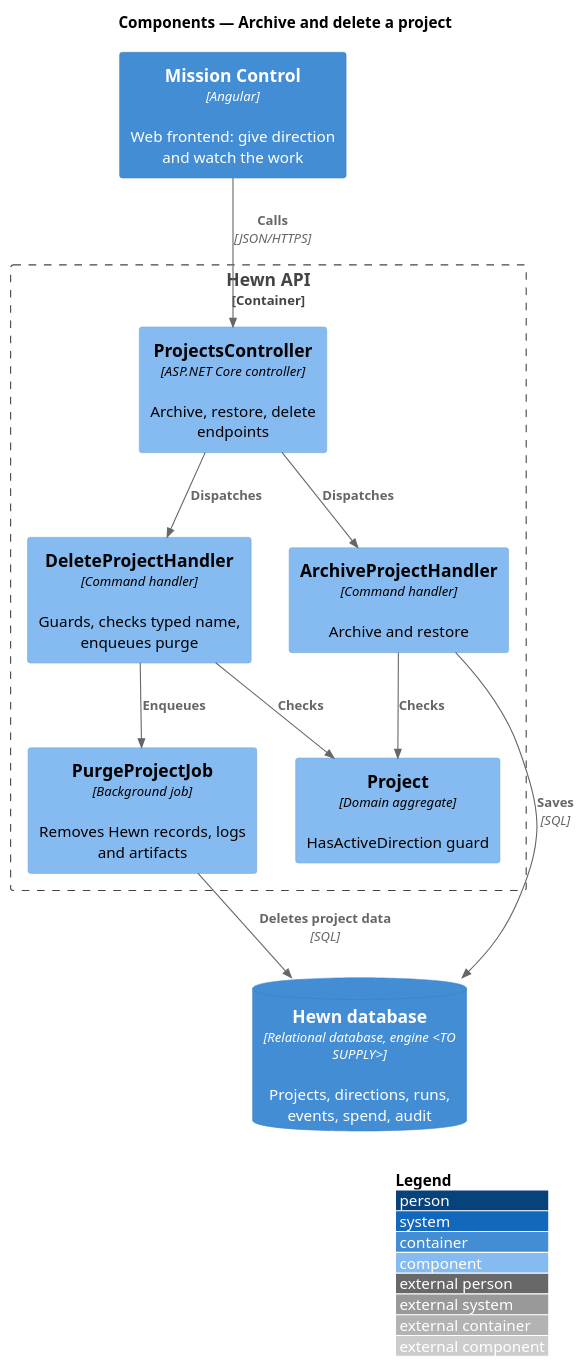
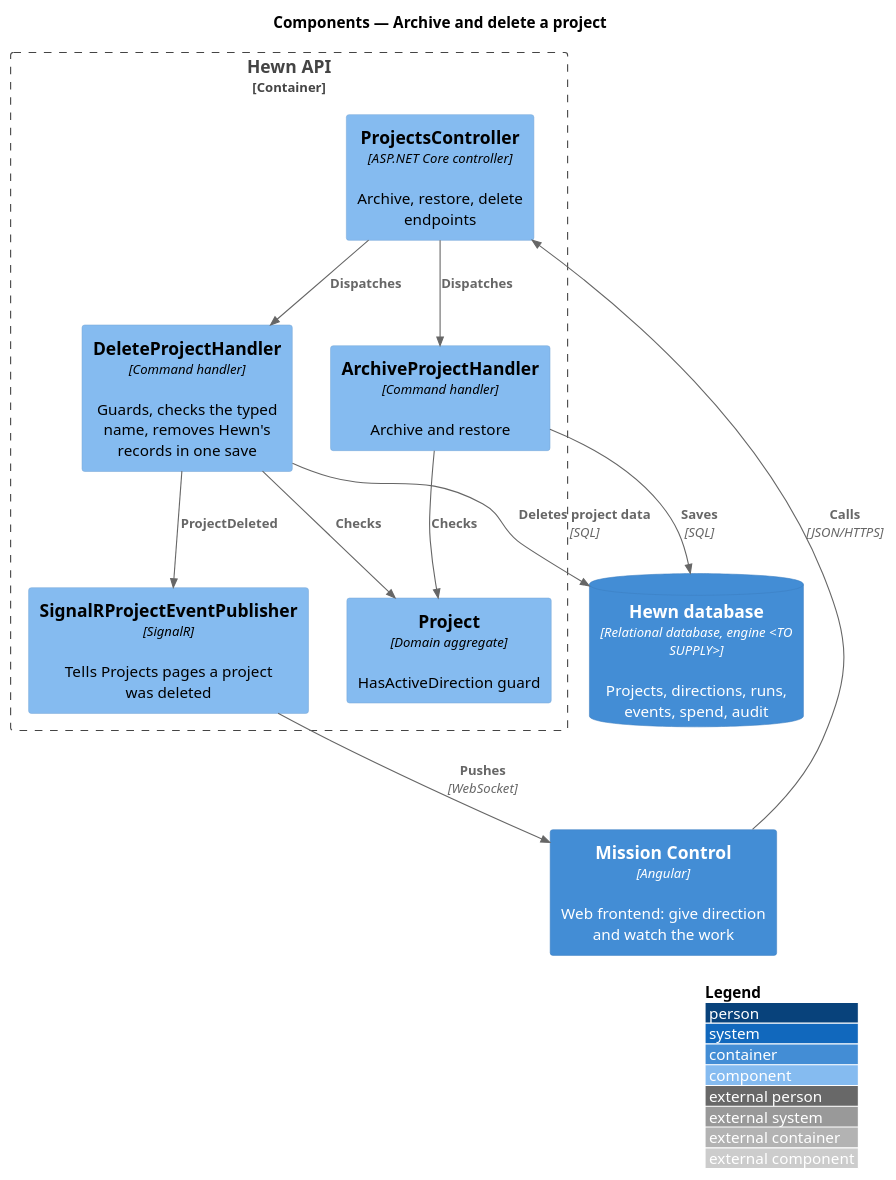
Before and after one commit to QuinntyneBrown/hewn: the diagram in docs/detailed-designs/projects/archive-and-delete-project/diagrams/c4-component.puml, drawn with PlantUML. The commit also changed 51 other files, not shown here.

First line of the commit message:
Delete a project (journey 31, L2-003) (#39)

```diff
--- a/docs/detailed-designs/projects/archive-and-delete-project/diagrams/c4-component.puml
+++ b/docs/detailed-designs/projects/archive-and-delete-project/diagrams/c4-component.puml
@@ -1,24 +1,25 @@
 @startuml
 !include <C4/C4_Component>
 LAYOUT_WITH_LEGEND()
 title Components — Archive and delete a project
 
 Container(spa, "Mission Control", "Angular", "Web frontend: give direction and watch the work")
 ContainerDb(db, "Hewn database", "Relational database, engine <TO SUPPLY>", "Projects, directions, runs, events, spend, audit")
 Container_Boundary(api_b, "Hewn API") {
   Component(ctrl, "ProjectsController", "ASP.NET Core controller", "Archive, restore, delete endpoints")
   Component(arch, "ArchiveProjectHandler", "Command handler", "Archive and restore")
-  Component(del, "DeleteProjectHandler", "Command handler", "Guards, checks typed name, enqueues purge")
+  Component(del, "DeleteProjectHandler", "Command handler", "Guards, checks the typed name, removes Hewn's records in one save")
   Component(guard, "Project", "Domain aggregate", "HasActiveDirection guard")
-  Component(purge, "PurgeProjectJob", "Background job", "Removes Hewn records, logs and artifacts")
+  Component(hub, "SignalRProjectEventPublisher", "SignalR", "Tells Projects pages a project was deleted")
 }
 
 Rel(spa, ctrl, "Calls", "JSON/HTTPS")
 Rel(ctrl, arch, "Dispatches")
 Rel(ctrl, del, "Dispatches")
 Rel(arch, guard, "Checks")
 Rel(del, guard, "Checks")
-Rel(del, purge, "Enqueues")
+Rel(del, hub, "ProjectDeleted")
+Rel(hub, spa, "Pushes", "WebSocket")
 Rel(arch, db, "Saves", "SQL")
-Rel(purge, db, "Deletes project data", "SQL")
+Rel(del, db, "Deletes project data", "SQL")
 @enduml
```
